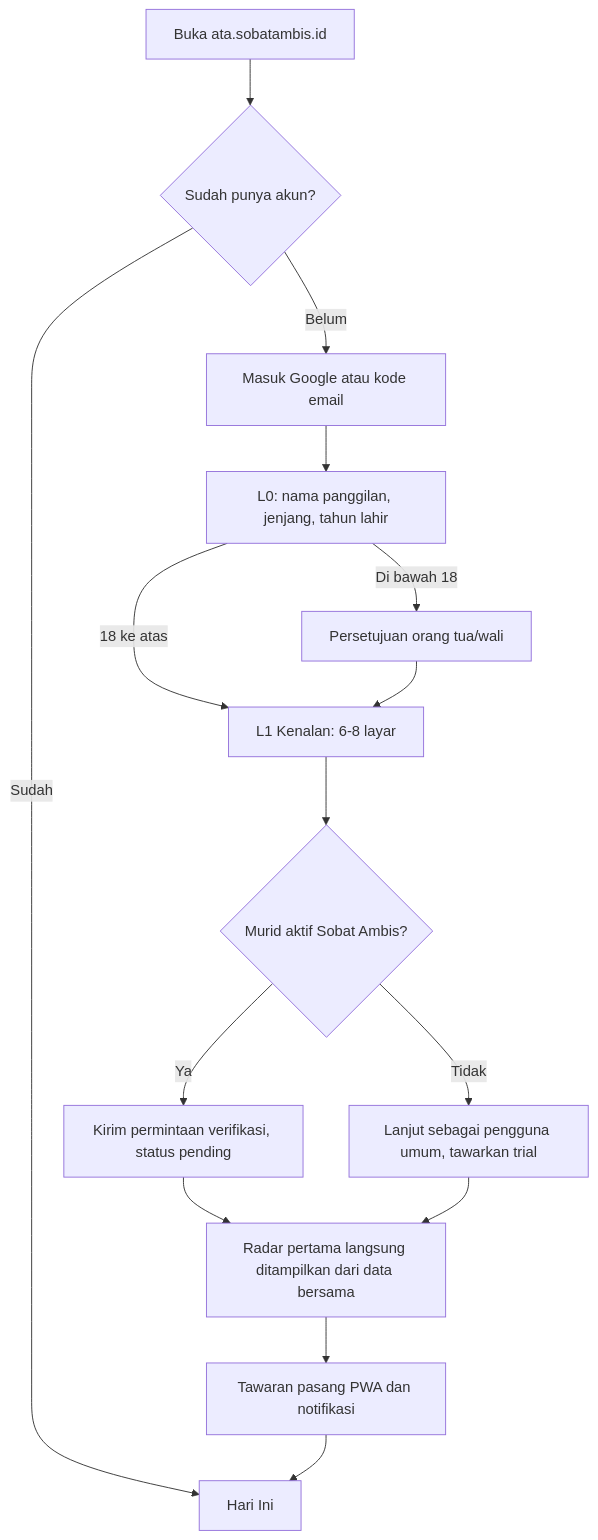
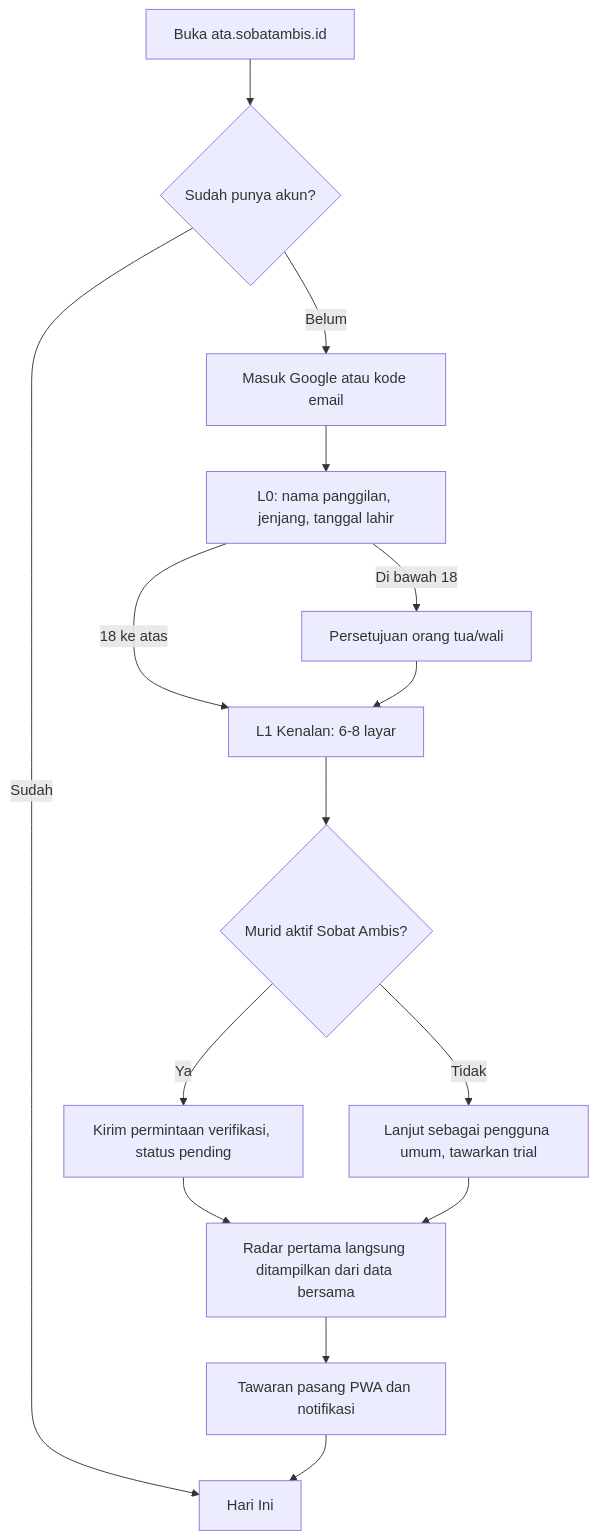
The second of 5 diagrams in docs/PRD.md (aldysyahputra422-crypto/ata), drawn with Mermaid before and after one commit. The commit also changed other lines of this file and 8 other files, not shown here.

````diff
--- a/docs/PRD.md
+++ b/docs/PRD.md
@@ -880,17 +880,17 @@
 ```mermaid
 flowchart TD
   A[Buka ata.sobatambis.id] --> B{Sudah punya akun?}
   B -->|Belum| C[Masuk Google atau kode email]
   B -->|Sudah| H[Hari Ini]
-  C --> D[L0: nama panggilan, jenjang, tahun lahir]
+  C --> D[L0: nama panggilan, jenjang, tanggal lahir]
   D -->|Di bawah 18| E[Persetujuan orang tua/wali]
   D -->|18 ke atas| F
   E --> F[L1 Kenalan: 6-8 layar]
   F --> G{Murid aktif Sobat Ambis?}
   G -->|Ya| G1[Kirim permintaan verifikasi, status pending]
   G -->|Tidak| G2[Lanjut sebagai pengguna umum, tawarkan trial]
   G1 --> I
   G2 --> I[Radar pertama langsung ditampilkan dari data bersama]
   I --> J[Tawaran pasang PWA dan notifikasi]
   J --> H
 ```
````
